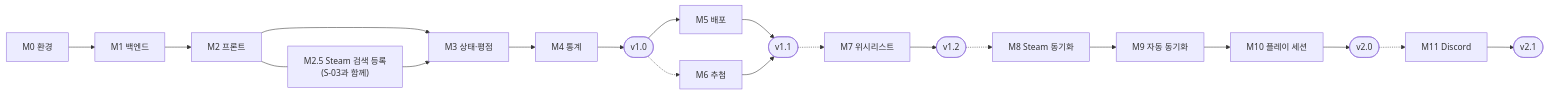
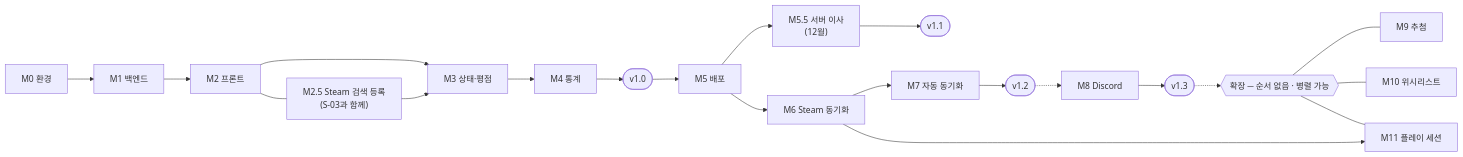
One commit to sagming40/PlayLedger changed the diagram in docs/PLAN.md. Above: the diagram before and after it, drawn with Mermaid. The commit also changed other lines of this file and 18 other files, not shown here.

````diff
--- a/docs/PLAN.md
+++ b/docs/PLAN.md
@@ -560,12 +571,13 @@
 ```mermaid
 flowchart LR
     M0["M0 환경"] --> M1["M1 백엔드"] --> M2["M2 프론트"] --> M3["M3 상태·평점"] --> M4["M4 통계"] --> V10(["v1.0"])
     M2 --- M25["M2.5 Steam 검색 등록<br/>(S-03과 함께)"] --> M3
-    V10 --> M5["M5 배포"]
-    V10 -.-> M6["M6 추첨"]
-    M5 --> V11(["v1.1"])
-    M6 --> V11
-    V11 -.-> M7["M7 위시리스트"] --> V12(["v1.2"])
-    V12 -.-> M8["M8 Steam 동기화"] --> M9["M9 자동 동기화"] --> M10["M10 플레이 세션"] --> V20(["v2.0"])
-    V20 -.-> M11["M11 Discord"] --> V21(["v2.1"])
+    V10 --> M5["M5 배포"] --> M55["M5.5 서버 이사<br/>(12월)"] --> V11(["v1.1"])
+    M5 --> M6["M6 Steam 동기화"] --> M7["M7 자동 동기화"] --> V12(["v1.2"])
+    V12 -.-> M8["M8 Discord"] --> V13(["v1.3"])
+    V13 -.-> Ext{{"확장 ─ 순서 없음 · 병렬 가능"}}
+    Ext --- M9["M9 추첨"]
+    Ext --- M10["M10 위시리스트"]
+    Ext --- M11["M11 플레이 세션"]
+    M6 --> M11
 ```
````
